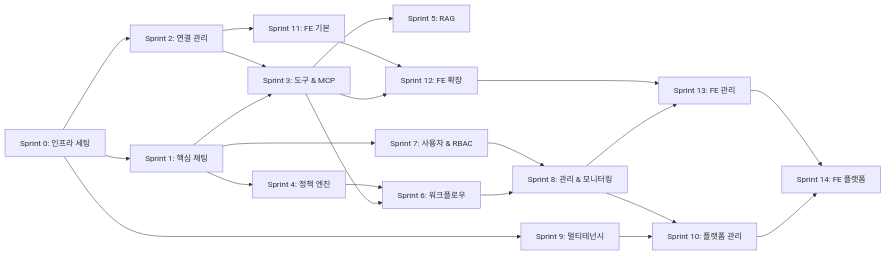
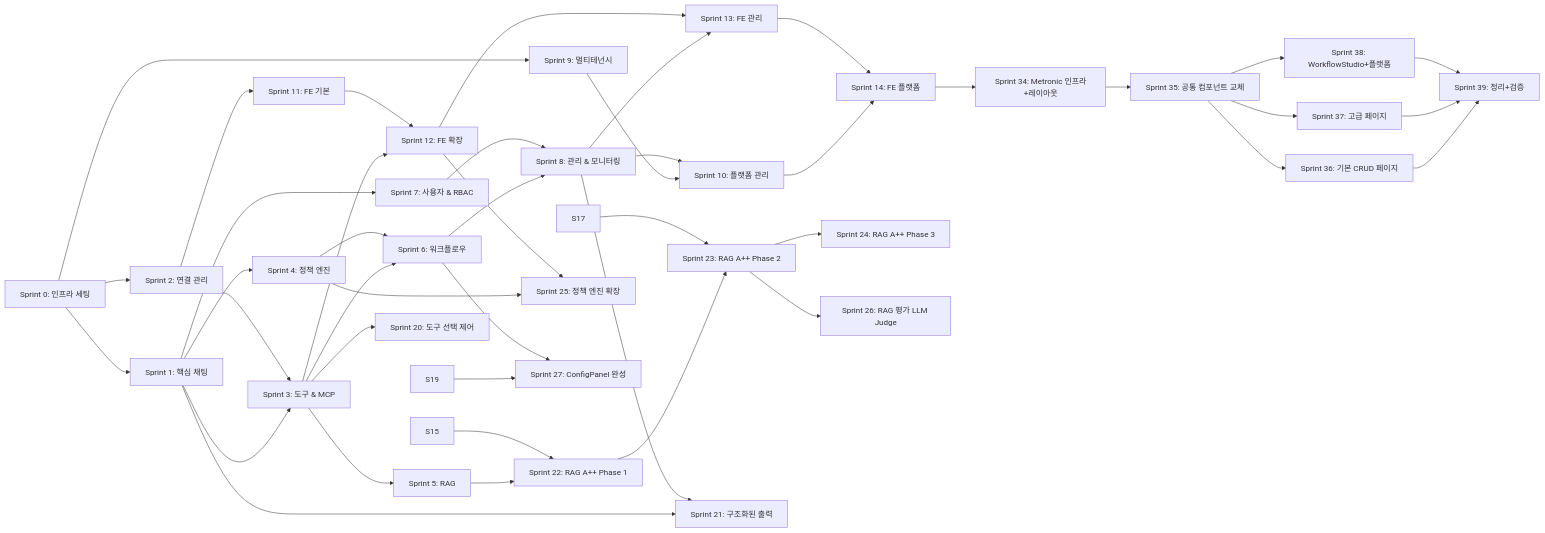
The diagram in docs/T1-7_Sprint_구조도.md (johnnykim7/aimbase), drawn with Mermaid before and after one commit. The commit also changed other lines of this file and 287 other files, not shown here.

First line of the commit message:
feat: v4.0 전체 업데이트 — Metronic UI 전환, RAG A++, 워크플로우 폴링 수정, 프로젝트/문서/API키 기능

````diff
--- a/docs/T1-7_Sprint_구조도.md
+++ b/docs/T1-7_Sprint_구조도.md
@@ -12,24 +12,45 @@
 ```mermaid
 flowchart LR
     S0[Sprint 0: 인프라 세팅] --> S1[Sprint 1: 핵심 채팅]
     S0 --> S2[Sprint 2: 연결 관리]
     S1 --> S3[Sprint 3: 도구 & MCP]
     S2 --> S3
     S1 --> S4[Sprint 4: 정책 엔진]
     S3 --> S5[Sprint 5: RAG]
     S3 --> S6[Sprint 6: 워크플로우]
     S4 --> S6
     S1 --> S7[Sprint 7: 사용자 & RBAC]
     S6 --> S8[Sprint 8: 관리 & 모니터링]
     S7 --> S8
     S0 --> S9[Sprint 9: 멀티테넌시]
     S9 --> S10[Sprint 10: 플랫폼 관리]
     S8 --> S10
     S2 --> S11[Sprint 11: FE 기본]
     S3 --> S12[Sprint 12: FE 확장]
     S11 --> S12
     S8 --> S13[Sprint 13: FE 관리]
     S12 --> S13
     S10 --> S14[Sprint 14: FE 플랫폼]
     S13 --> S14
+    S5 --> S22[Sprint 22: RAG A++ Phase 1]
+    S15 --> S22
+    S22 --> S23[Sprint 23: RAG A++ Phase 2]
+    S17 --> S23
+    S23 --> S24[Sprint 24: RAG A++ Phase 3]
+    S3 --> S20[Sprint 20: 도구 선택 제어]
+    S1 --> S21[Sprint 21: 구조화된 출력]
+    S8 --> S21
+    S4 --> S25[Sprint 25: 정책 엔진 확장]
+    S12 --> S25
+    S23 --> S26[Sprint 26: RAG 평가 LLM Judge]
+    S19 --> S27[Sprint 27: ConfigPanel 완성]
+    S6 --> S27
+    S14 --> S34[Sprint 34: Metronic 인프라+레이아웃]
+    S34 --> S35[Sprint 35: 공통 컴포넌트 교체]
+    S35 --> S36[Sprint 36: 기본 CRUD 페이지]
+    S35 --> S37[Sprint 37: 고급 페이지]
+    S35 --> S38[Sprint 38: WorkflowStudio+플랫폼]
+    S36 --> S39[Sprint 39: 정리+검증]
+    S37 --> S39
+    S38 --> S39
 ```
````
